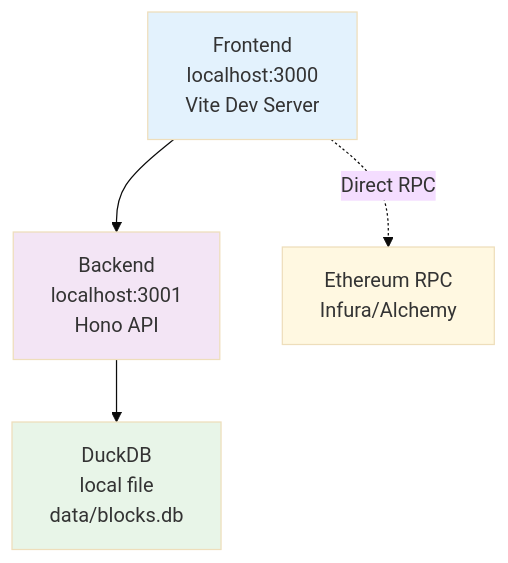
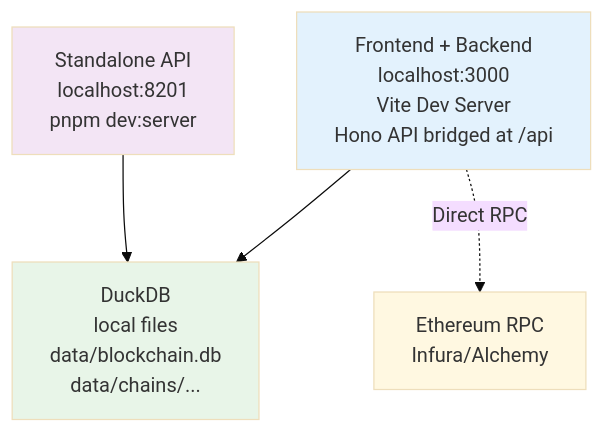
Before and after one commit to wmzy/my-block-explorer: the ninth of 11 diagrams in docs/ARCHITECTURE.md, drawn with Mermaid (base theme). The commit also changed other lines of this file and 62 other files, not shown here.

````diff
--- a/docs/ARCHITECTURE.md
+++ b/docs/ARCHITECTURE.md
@@ -2939,12 +2941,12 @@
 ```mermaid
 graph TD
-    A[Frontend<br/>localhost:3000<br/>Vite Dev Server] --> B[Backend<br/>localhost:3001<br/>Hono API]
-    B --> C[DuckDB<br/>local file<br/>data/blocks.db]
-    
+    A[Frontend + Backend<br/>localhost:3000<br/>Vite Dev Server<br/>Hono API bridged at /api] --> C[DuckDB<br/>local files<br/>data/blockchain.db<br/>data/chains/...]
+    S[Standalone API<br/>localhost:8201<br/>pnpm dev:server] --> C
+
     A -.->|Direct RPC| D[Ethereum RPC<br/>Infura/Alchemy]
-    
+
     style A fill:#e3f2fd
-    style B fill:#f3e5f5
+    style S fill:#f3e5f5
     style C fill:#e8f5e8
     style D fill:#fff8e1
 ```
````
